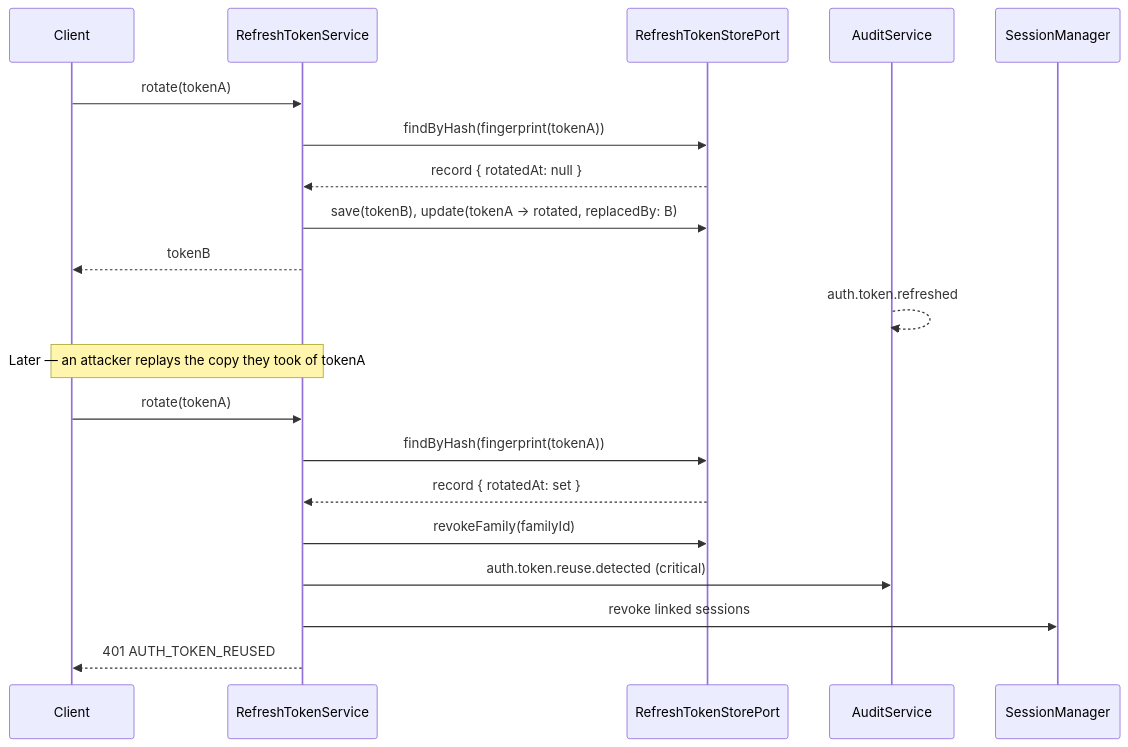
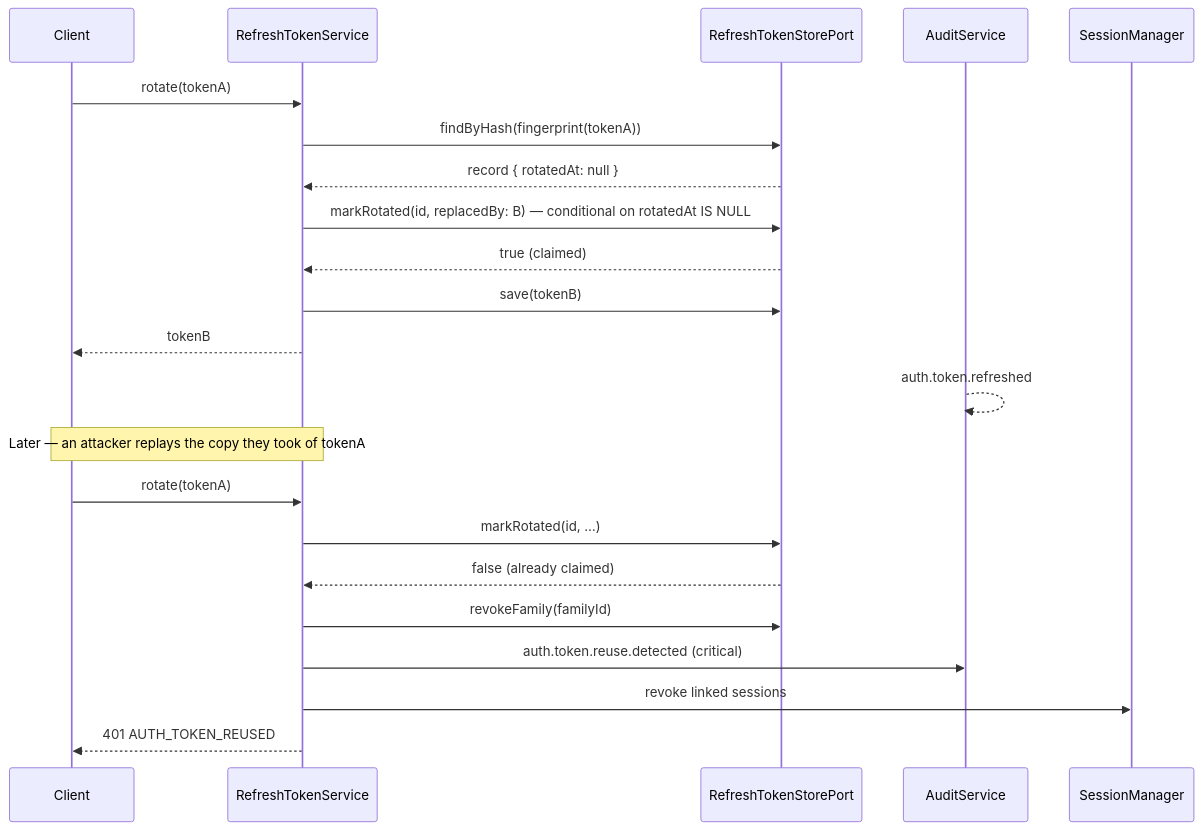
One commit to munaxa/munaxa-platform changed the second of 9 diagrams in docs/security-platform/sequences.md. Above: the diagram before and after it, drawn with Mermaid. The commit also changed other lines of this file and 34 other files, not shown here.

````diff
--- a/docs/security-platform/sequences.md
+++ b/docs/security-platform/sequences.md
@@ -53,25 +53,27 @@
 ```mermaid
 sequenceDiagram
   participant C as Client
   participant R as RefreshTokenService
   participant St as RefreshTokenStorePort
   participant A as AuditService
   participant Sess as SessionManager
 
   C->>R: rotate(tokenA)
   R->>St: findByHash(fingerprint(tokenA))
   St-->>R: record { rotatedAt: null }
-  R->>St: save(tokenB), update(tokenA → rotated, replacedBy: B)
+  R->>St: markRotated(id, replacedBy: B) — conditional on rotatedAt IS NULL
+  St-->>R: true (claimed)
+  R->>St: save(tokenB)
   R-->>C: tokenB
   A-->>A: auth.token.refreshed
 
   Note over C,R: Later — an attacker replays the copy they took of tokenA
 
   C->>R: rotate(tokenA)
-  R->>St: findByHash(fingerprint(tokenA))
-  St-->>R: record { rotatedAt: set }
+  R->>St: markRotated(id, …)
+  St-->>R: false (already claimed)
   R->>St: revokeFamily(familyId)
   R->>A: auth.token.reuse.detected (critical)
   R->>Sess: revoke linked sessions
   R-->>C: 401 AUTH_TOKEN_REUSED
 ```
````
